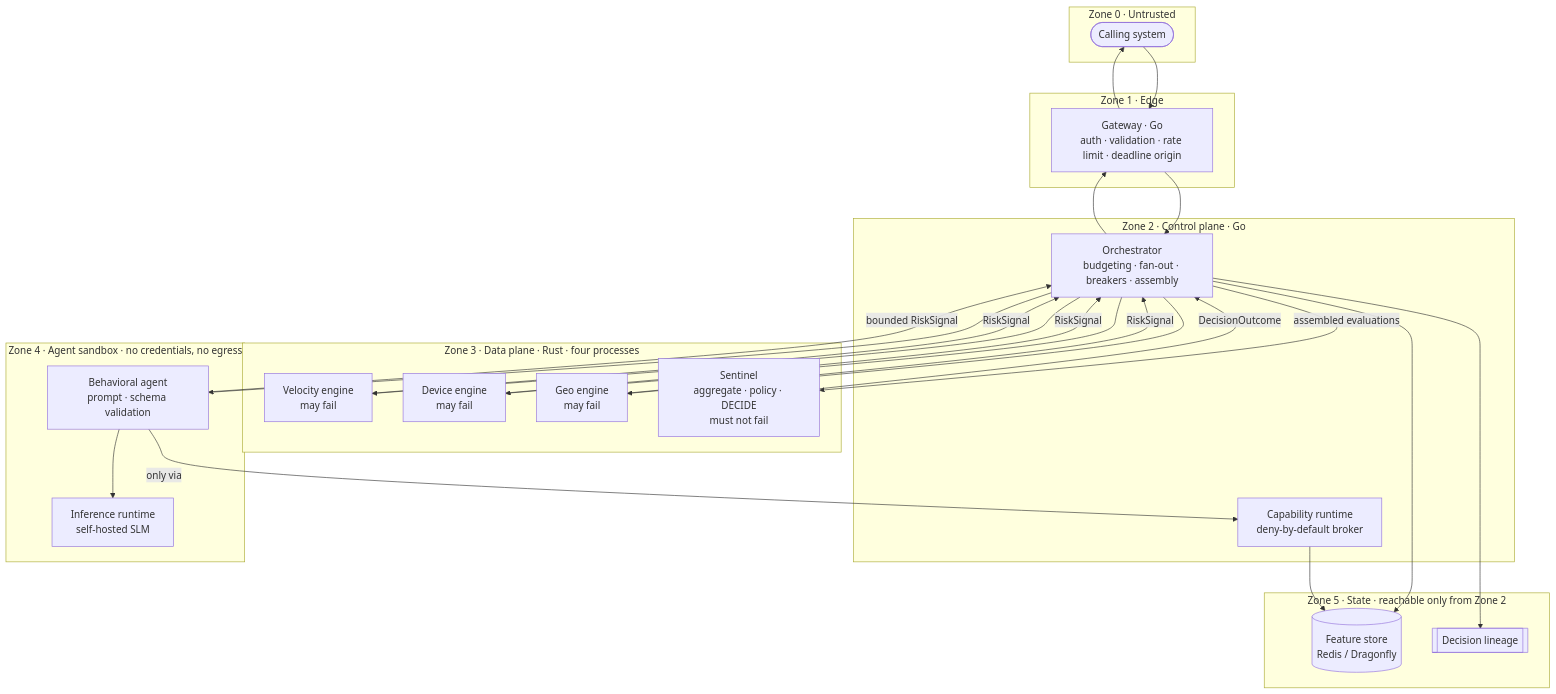
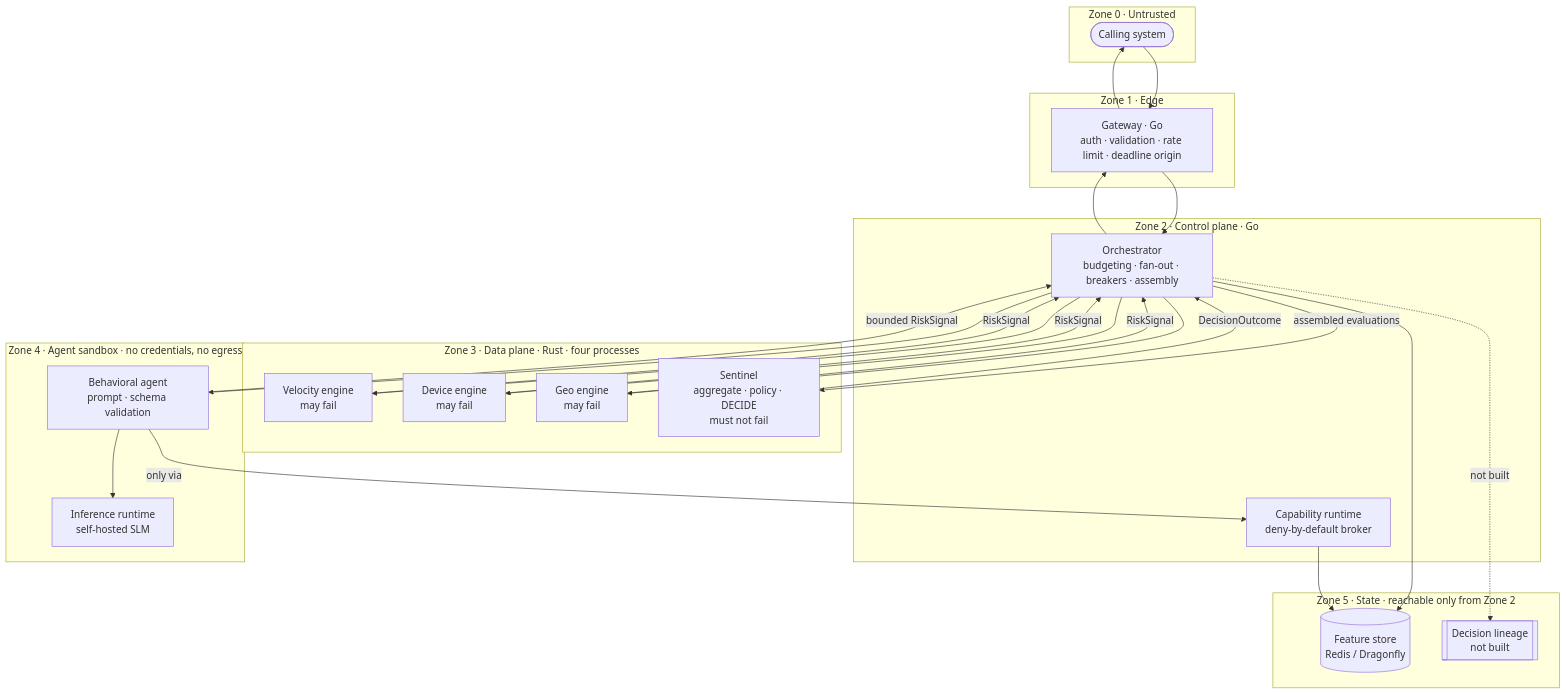
One commit to atesoglu/legion changed the diagram in docs/architecture.md. Above: the diagram before and after it, drawn with Mermaid. The commit also changed other lines of this file and 2 other files, not shown here.

````diff
--- a/docs/architecture.md
+++ b/docs/architecture.md
@@ -51,46 +51,46 @@
 ```mermaid
 flowchart TD
     subgraph z0[Zone 0 · Untrusted]
         client([Calling system])
     end
 
     subgraph edge[Zone 1 · Edge]
         gw[Gateway · Go<br/>auth · validation · rate limit · deadline origin]
     end
 
     subgraph control[Zone 2 · Control plane · Go]
         orch[Orchestrator<br/>budgeting · fan-out · breakers · assembly]
         cap[Capability runtime<br/>deny-by-default broker]
     end
 
     subgraph data[Zone 3 · Data plane · Rust · four processes]
         vel[Velocity engine<br/>may fail]
         dev[Device engine<br/>may fail]
         geo[Geo engine<br/>may fail]
         core[Sentinel<br/>aggregate · policy · DECIDE<br/>must not fail]
     end
 
     subgraph ai[Zone 4 · Agent sandbox · no credentials, no egress]
         beh[Behavioral agent<br/>prompt · schema validation]
         slm[Inference runtime<br/>self-hosted SLM]
     end
 
     subgraph state[Zone 5 · State · reachable only from Zone 2]
         fs[(Feature store<br/>Redis / Dragonfly)]
-        lin[[Decision lineage]]
+        lin[[Decision lineage<br/>not built]]
     end
 
     client --> gw --> orch
     orch --> fs
     orch --> vel & dev & geo
     orch --> beh
     beh -->|only via| cap
     cap --> fs
     beh --> slm
     vel & dev & geo -->|RiskSignal| orch
     beh -->|bounded RiskSignal| orch
     orch -->|assembled evaluations| core
     core -->|DecisionOutcome| orch
     orch --> gw --> client
-    orch --> lin
+    orch -.->|not built| lin
 ```
````
